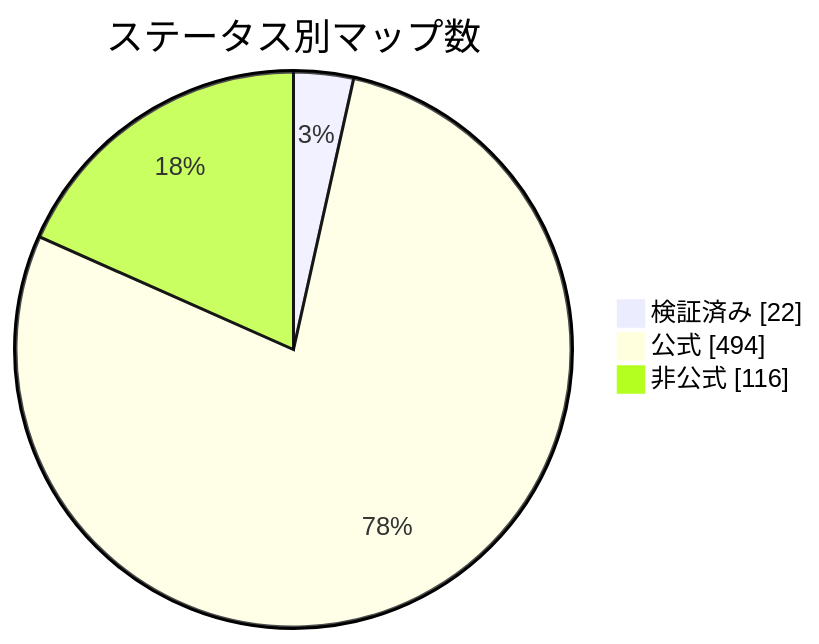
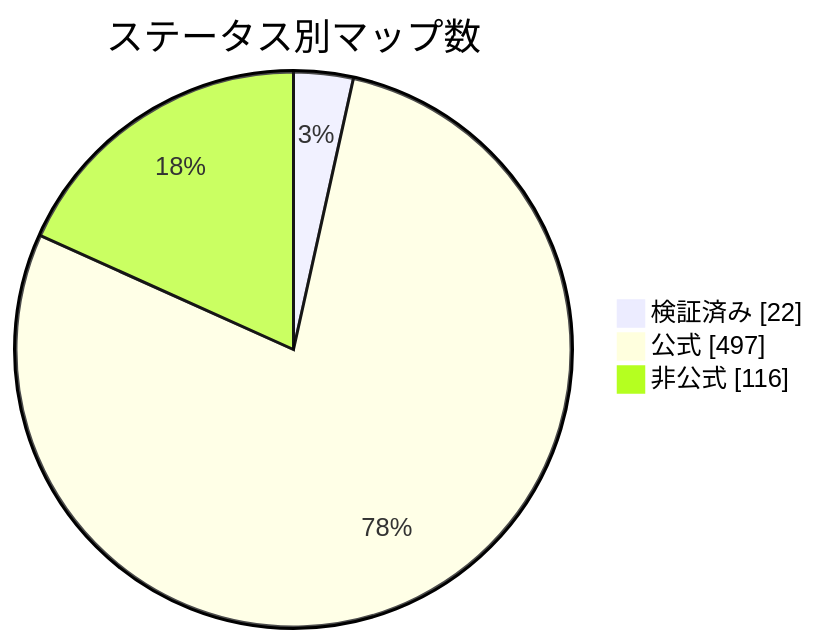
The diagram in docs/readme/README_JP.md (nobrega8/mbmap-library), drawn with Mermaid before and after one commit. The commit also changed 8 other files, not shown here.

````diff
--- a/docs/readme/README_JP.md
+++ b/docs/readme/README_JP.md
@@ -54,7 +54,7 @@
 ```mermaid
 pie showData
     title ステータス別マップ数
     "検証済み" : 22
-    "公式" : 494
+    "公式" : 497
     "非公式" : 116
 ```
````
